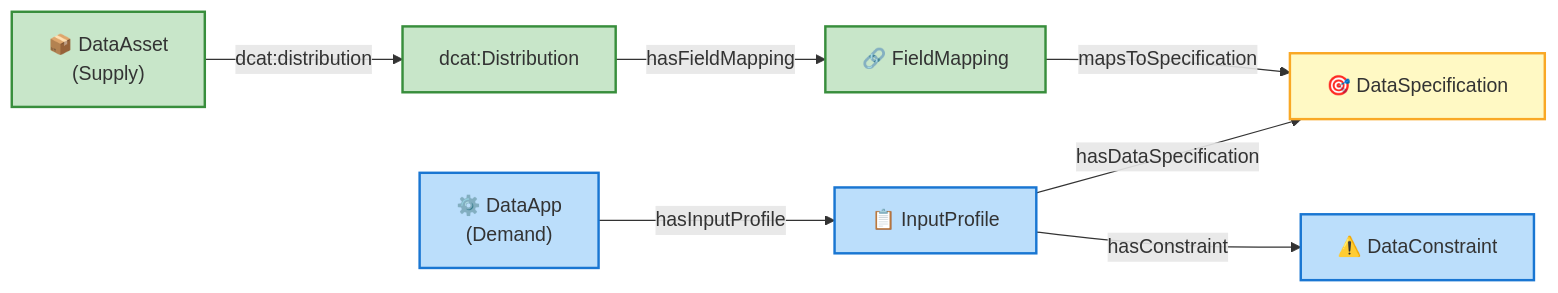
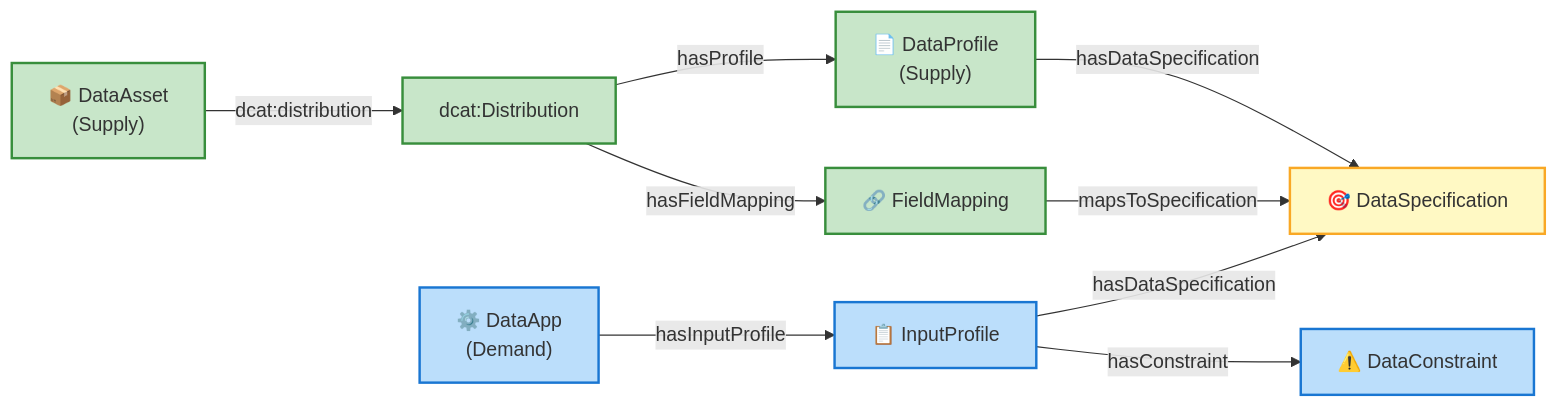
Before and after one commit to KhaosResearch/EDAAnOWL: the third of 3 diagrams in docs/ONTOLOGY_OVERVIEW_DIAGRAM_ES.md, drawn with Mermaid. The commit also changed other lines of this file and 10 other files, not shown here.

Commit message:
docs(architecture): harmonize documentation and diagrams with v1.2.0 semantic symmetry

````diff
--- a/docs/ONTOLOGY_OVERVIEW_DIAGRAM_ES.md
+++ b/docs/ONTOLOGY_OVERVIEW_DIAGRAM_ES.md
@@ -97,27 +100,30 @@
 ```mermaid
 flowchart LR
     classDef supply fill:#c8e6c9,stroke:#388e3c,stroke-width:2px
     classDef demand fill:#bbdefb,stroke:#1976d2,stroke-width:2px
     classDef bridge fill:#fff9c4,stroke:#f9a825,stroke-width:2px
 
     Asset["📦 DataAsset<br/>(Supply)"]
     Dist["dcat:Distribution"]
+    Prof["📄 DataProfile<br/>(Supply)"]
     Mapping["🔗 FieldMapping"]
     Spec["🎯 DataSpecification"]
     
     App["⚙️ DataApp<br/>(Demand)"]
     InProf["📋 InputProfile"]
     Cons["⚠️ DataConstraint"]
 
     Asset -- "dcat:distribution" --> Dist
+    Dist -- "hasProfile" --> Prof
+    Prof -- "hasDataSpecification" --> Spec
     Dist -- "hasFieldMapping" --> Mapping
     Mapping -- "mapsToSpecification" --> Spec
     
     App -- "hasInputProfile" --> InProf
     InProf -- "hasDataSpecification" --> Spec
     InProf -- "hasConstraint" --> Cons
 
-    class Asset,Dist,Mapping supply
+    class Asset,Dist,Prof,Mapping supply
     class App,InProf,Cons demand
     class Spec bridge
 ```
````
